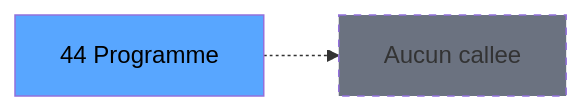
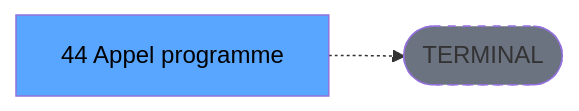
Before and after one commit to thonyAGP/lecteur-magic: the third of 3 diagrams in .openspec/renders/ADH-IDE-44.md, drawn with Mermaid. The commit also changed other lines of this file and 701 other files, not shown here.

````diff
--- a/.openspec/renders/ADH-IDE-44.md
+++ b/.openspec/renders/ADH-IDE-44.md
@@ -152,8 +134,8 @@
 ```mermaid
 graph LR
-    T[44 Programme]
-    NONE[Aucun callee]
-    T -.-> NONE
+    T[44 Appel programme]
+    TERM([TERMINAL])
+    T -.-> TERM
+    style TERM fill:#6b7280,stroke-dasharray: 5 5
     style T fill:#58a6ff,color:#000
-    style NONE fill:#6b7280,stroke-dasharray: 5 5
 ```
````
